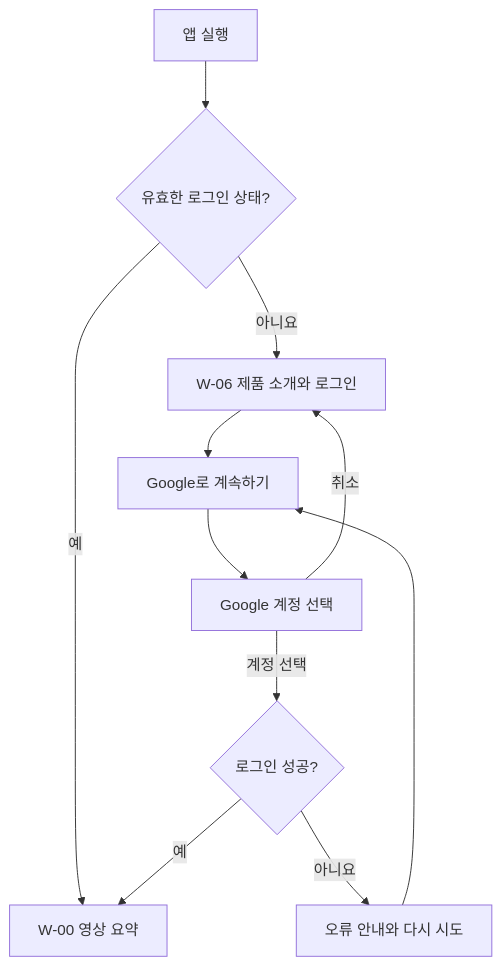
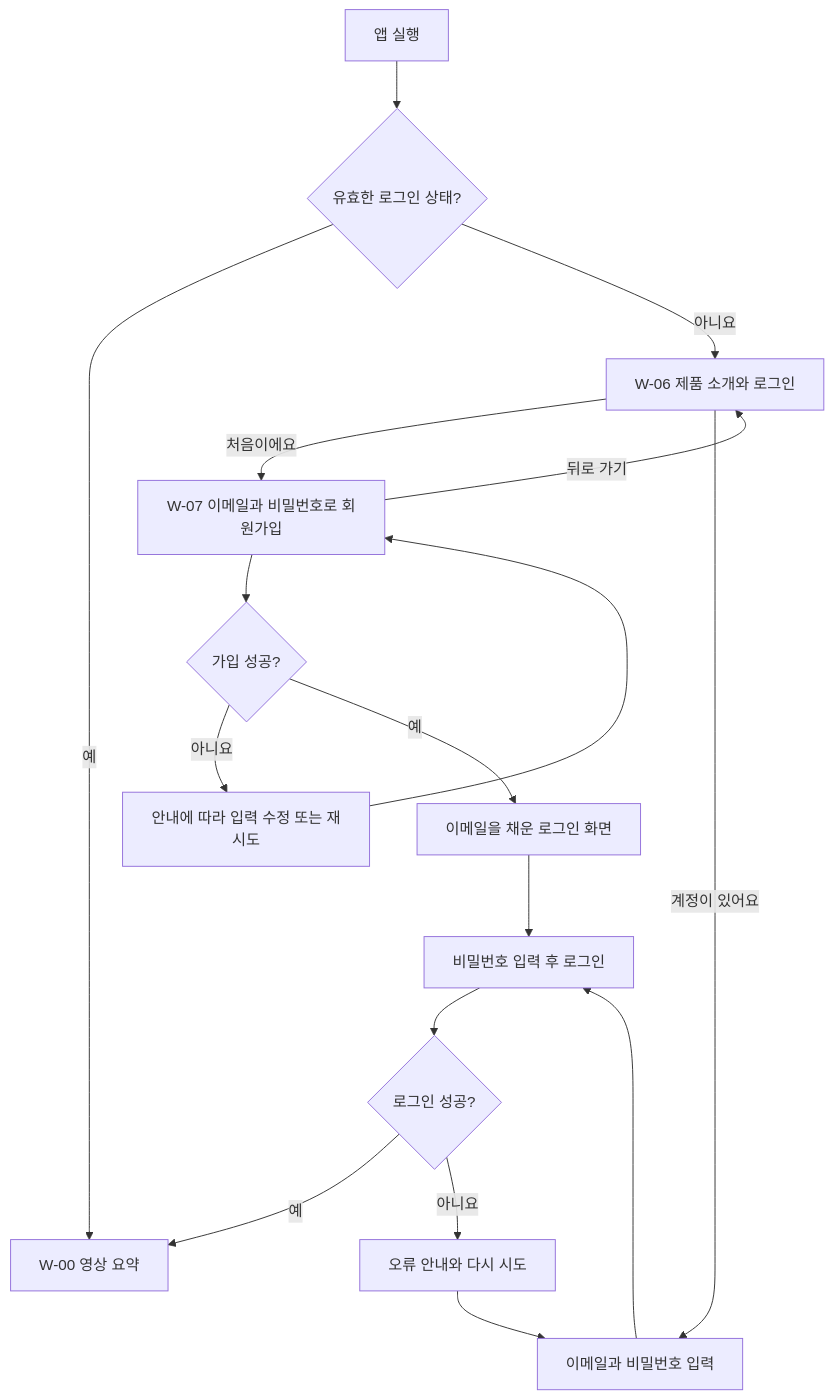
Before and after one commit to ted-workshop/user-interface-ssu: the second of 5 diagrams in docs/qletter/05-user-flows.md, drawn with Mermaid. The commit also changed other lines of this file and 83 other files, not shown here.

````diff
--- a/docs/qletter/05-user-flows.md
+++ b/docs/qletter/05-user-flows.md
@@ -36,13 +38,19 @@
 ```mermaid
 flowchart TD
     A[앱 실행] --> B{유효한 로그인 상태?}
     B -->|예| Home[W-00 영상 요약]
     B -->|아니요| C[W-06 제품 소개와 로그인]
-    C --> D[Google로 계속하기]
-    D --> E[Google 계정 선택]
-    E -->|취소| C
-    E -->|계정 선택| F{로그인 성공?}
+    C -->|처음이에요| Signup[W-07 이메일과 비밀번호로 회원가입]
+    Signup --> Valid{가입 성공?}
+    Valid -->|아니요| Fix[안내에 따라 입력 수정 또는 재시도]
+    Fix --> Signup
+    Valid -->|예| Ready[이메일을 채운 로그인 화면]
+    Signup -->|뒤로 가기| C
+    Ready --> D[비밀번호 입력 후 로그인]
+    C -->|계정이 있어요| Input[이메일과 비밀번호 입력]
+    Input --> D
+    D --> F{로그인 성공?}
     F -->|예| Home
     F -->|아니요| G[오류 안내와 다시 시도]
-    G --> D
+    G --> Input
 ```
````
